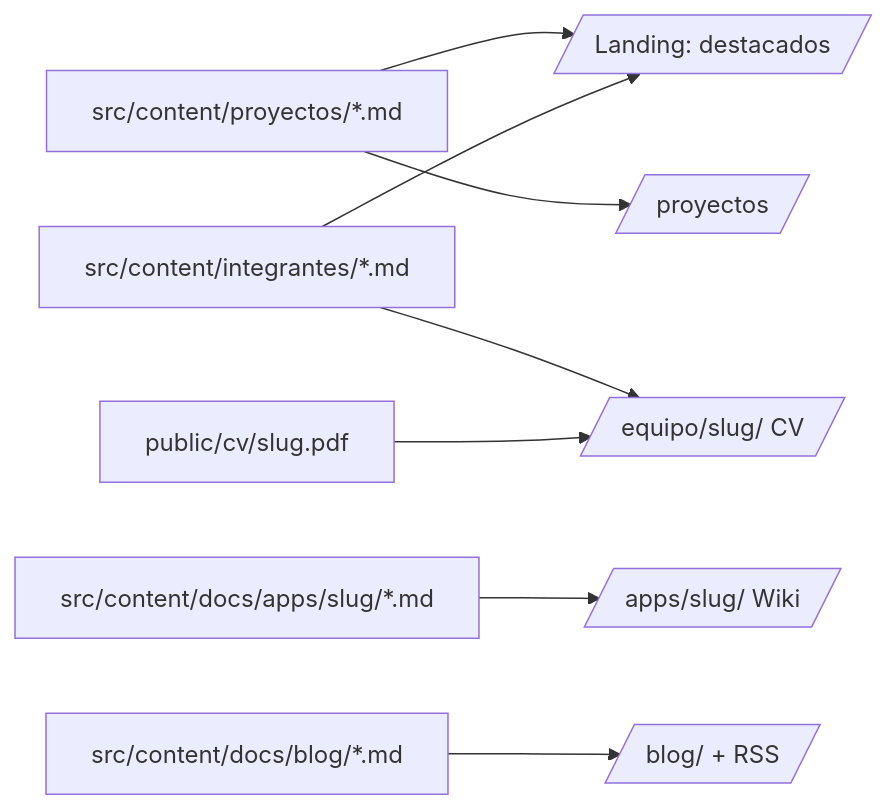
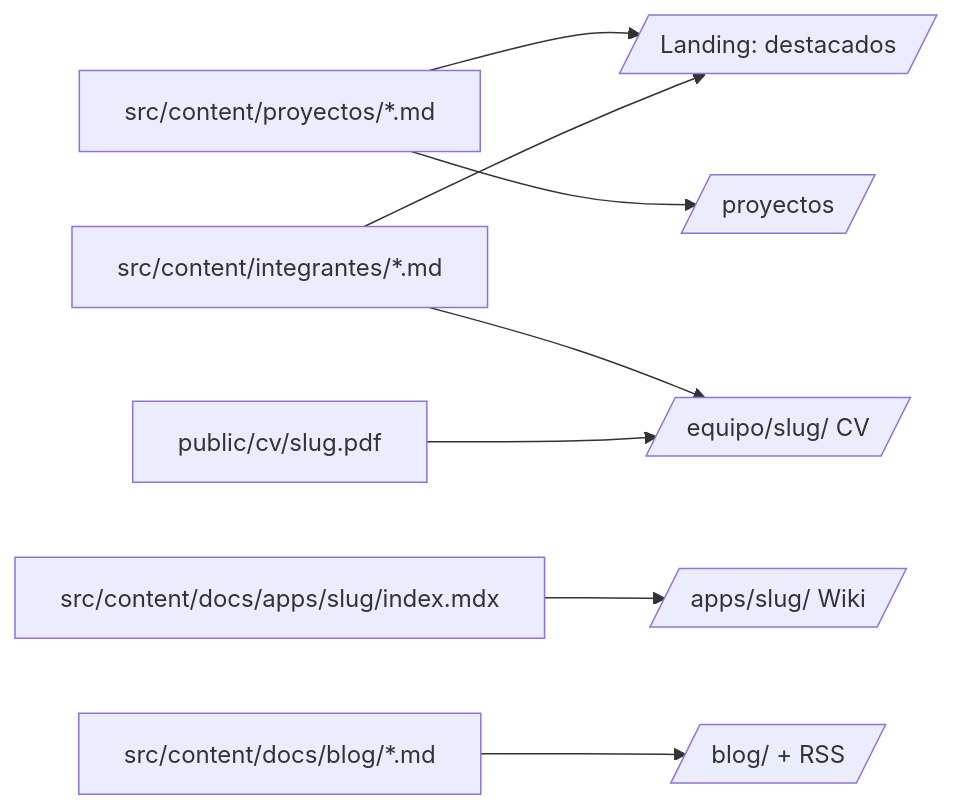
One commit to Stack-dos/porfolio_stack-dos changed the diagram in docs/CONTRIBUIR.md. Above: the diagram before and after it, drawn with Mermaid. The commit also changed other lines of this file and 30 other files, not shown here.

````diff
--- a/docs/CONTRIBUIR.md
+++ b/docs/CONTRIBUIR.md
@@ -9,10 +9,10 @@
 ```mermaid
 flowchart LR
     P[src/content/proyectos/*.md] --> L[/ Landing: destacados/]
     P --> PR[/proyectos/]
     I[src/content/integrantes/*.md] --> L
     I --> CV[/equipo/slug/ CV/]
-    W[src/content/docs/apps/slug/*.md] --> WK[/apps/slug/ Wiki/]
+    W[src/content/docs/apps/slug/index.mdx] --> WK[/apps/slug/ Wiki/]
     B[src/content/docs/blog/*.md] --> BL[/blog/ + RSS/]
     PDF[public/cv/slug.pdf] --> CV
 ```
````
